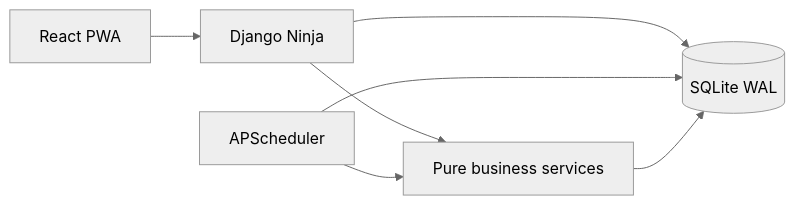
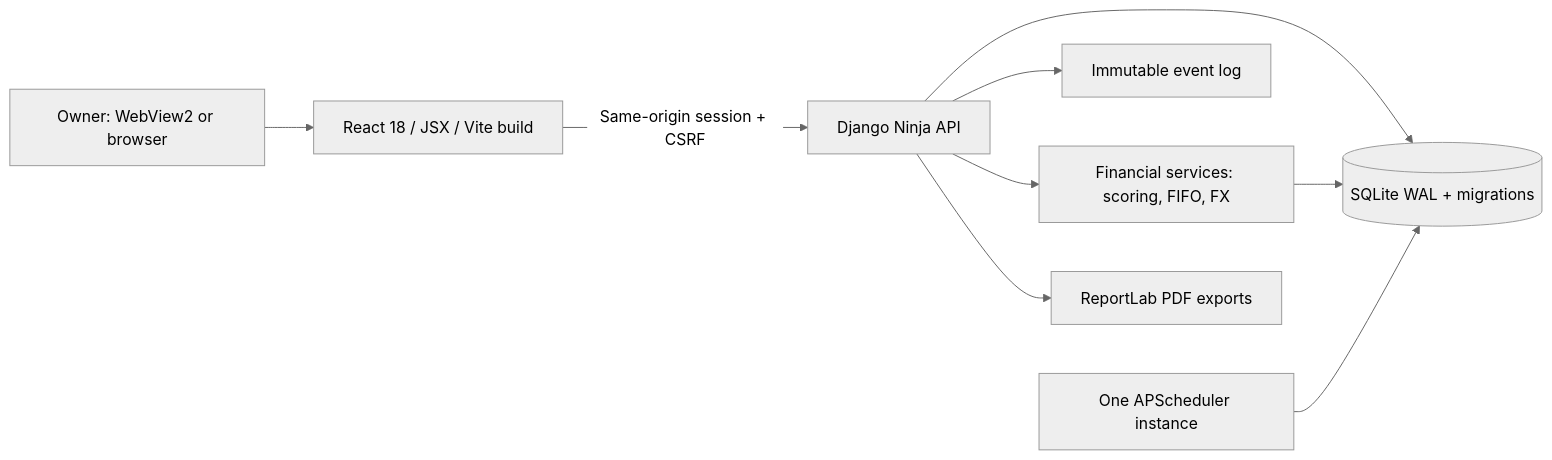
The diagram in docs/02-architecture.md (PerezChris99/kc-ledger), drawn with Mermaid (neutral theme) before and after one commit. The commit also changed other lines of this file and 21 other files, not shown here.

````diff
--- a/docs/02-architecture.md
+++ b/docs/02-architecture.md
@@ -5,9 +5,11 @@
 ```mermaid
 flowchart LR
-  UI[React PWA] --> API[Django Ninja]
-  API --> SVC[Pure business services]
-  API --> DB[(SQLite WAL)]
-  JOB[APScheduler] --> SVC
-  JOB --> DB
-  SVC --> DB
+  U[Owner: WebView2 or browser] --> R[React 18 / JSX / Vite build]
+  R -->|Same-origin session + CSRF| A[Django Ninja API]
+  A --> S[Financial services: scoring, FIFO, FX]
+  A --> D[(SQLite WAL + migrations)]
+  S --> D
+  A --> E[Immutable event log]
+  J[One APScheduler instance] --> D
+  A --> P[ReportLab PDF exports]
 ```
````
